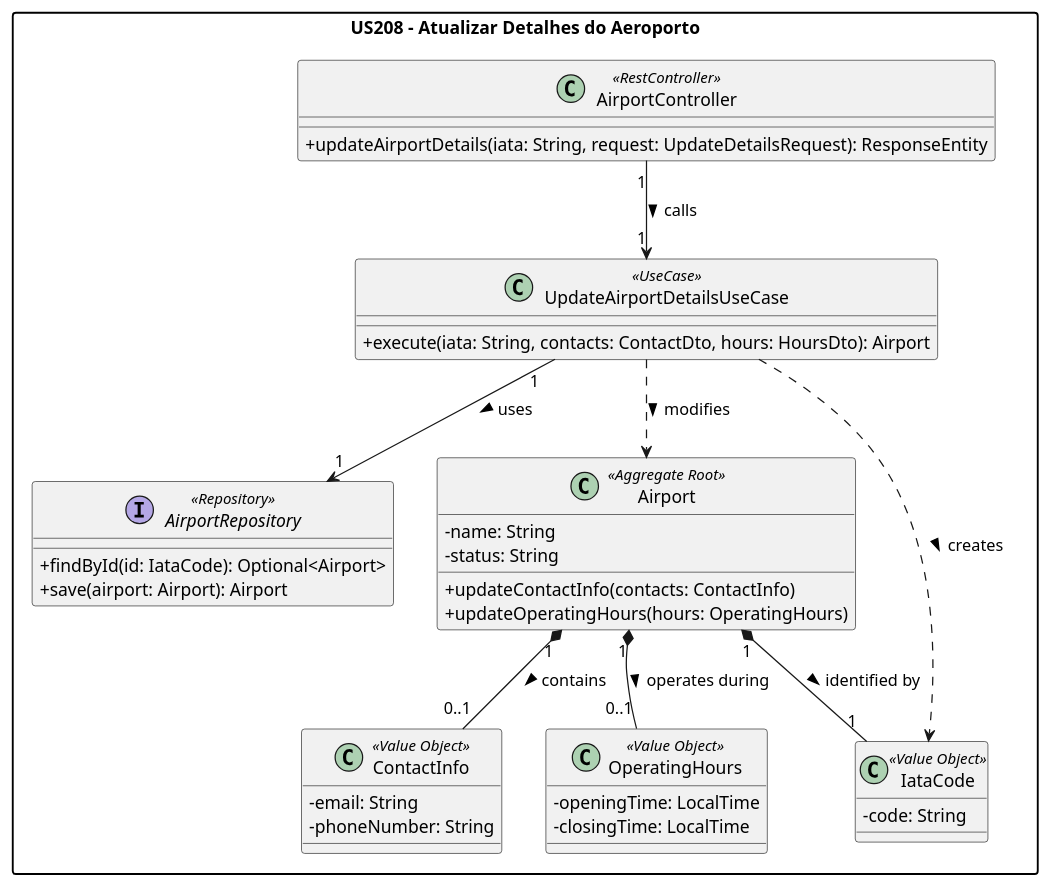
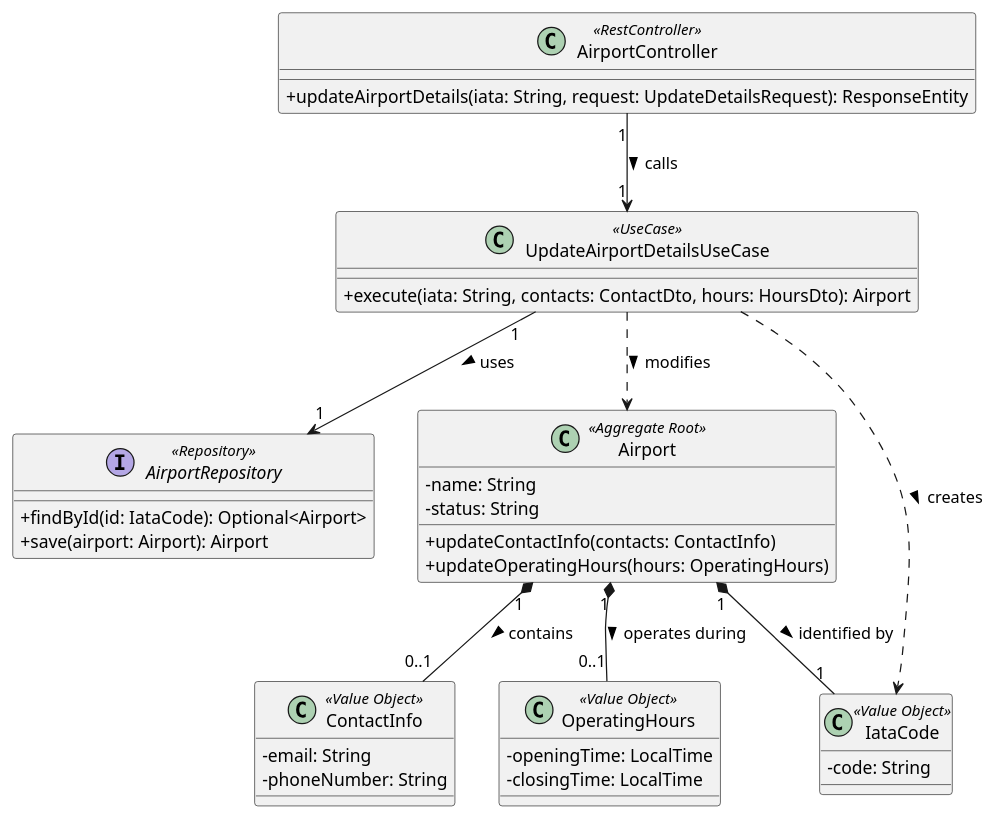
One commit to jvonhafe/LETI_2DA_PSOFT_2026 changed the diagram in documentação/US2XX/US208/US208_CD.puml. Above: the diagram before and after it, drawn with PlantUML. The commit also changed 14 other files, not shown here.

Commit message:
diagramas das us2xx do airport

```diff
--- a/documentação/US2XX/US208/US208_CD.puml
+++ b/documentação/US2XX/US208/US208_CD.puml
@@ -1,50 +1,48 @@
 @startuml
 skinparam classAttributeIconSize 0
 skinparam packageStyle rectangle
-
-package "US208 - Atualizar Detalhes do Aeroporto" {
 
     class AirportController <<RestController>> {
       + updateAirportDetails(iata: String, request: UpdateDetailsRequest): ResponseEntity
     }
 
     class UpdateAirportDetailsUseCase <<UseCase>> {
       + execute(iata: String, contacts: ContactDto, hours: HoursDto): Airport
     }
 
     interface AirportRepository <<Repository>> {
       + findById(id: IataCode): Optional<Airport>
       + save(airport: Airport): Airport
     }
 
     class Airport <<Aggregate Root>> {
       - name: String
       - status: String
       + updateContactInfo(contacts: ContactInfo)
       + updateOperatingHours(hours: OperatingHours)
     }
 
     class ContactInfo <<Value Object>> {
       - email: String
       - phoneNumber: String
     }
 
     class OperatingHours <<Value Object>> {
       - openingTime: LocalTime
       - closingTime: LocalTime
     }
 
     class IataCode <<Value Object>> {
       - code: String
     }
 
     AirportController "1" --> "1" UpdateAirportDetailsUseCase : calls >
     UpdateAirportDetailsUseCase "1" --> "1" AirportRepository : uses >
     UpdateAirportDetailsUseCase ..> Airport : modifies >
     UpdateAirportDetailsUseCase ..> IataCode : creates >
 
     Airport "1" *-- "1" IataCode : identified by >
     Airport "1" *-- "0..1" ContactInfo : contains >
     Airport "1" *-- "0..1" OperatingHours : operates during >
-}
+
 @enduml
```
